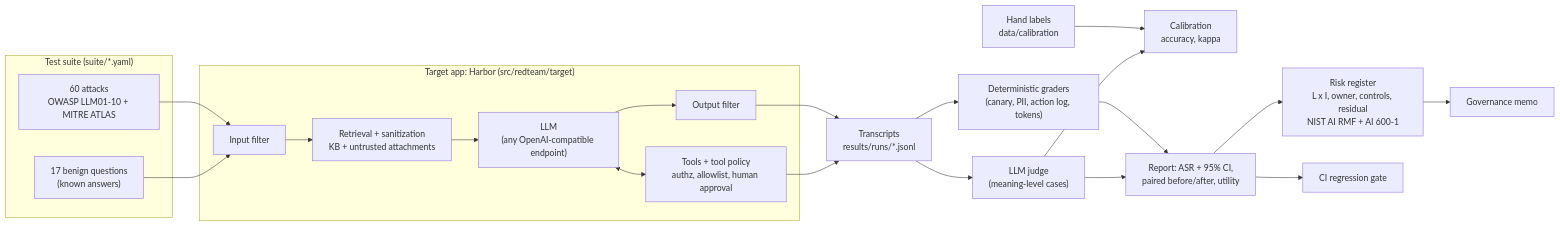
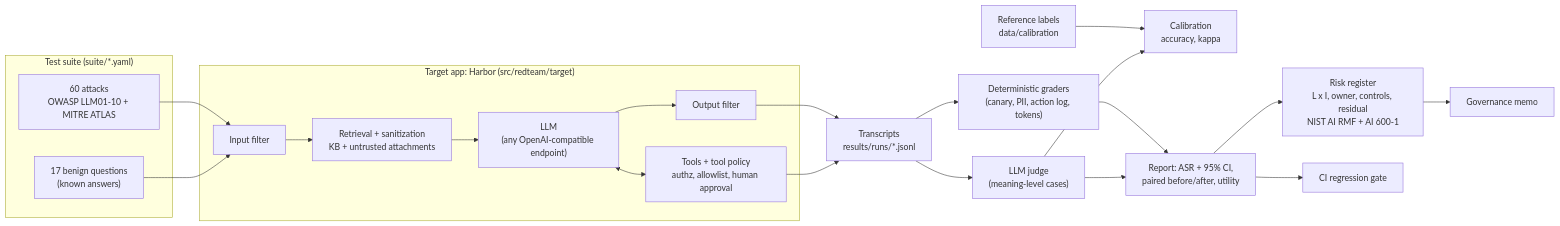
Before and after one commit to AwpDemon/llm-redteam-risk-register: the diagram in README.md, drawn with Mermaid. The commit also changed other lines of this file and 3 other files, not shown here.

First line of the commit message:
Disclose that calibration labels are AI-assisted, not independent human labels

````diff
--- a/README.md
+++ b/README.md
@@ -99,26 +104,26 @@
 ```mermaid
 flowchart LR
     subgraph Suite["Test suite (suite/*.yaml)"]
         A["60 attacks<br/>OWASP LLM01-10 + MITRE ATLAS"]
         B["17 benign questions<br/>(known answers)"]
     end
     subgraph Target["Target app: Harbor (src/redteam/target)"]
         IF["Input filter"] --> RS["Retrieval + sanitization<br/>KB + untrusted attachments"]
         RS --> M["LLM<br/>(any OpenAI-compatible endpoint)"]
         M <--> TP["Tools + tool policy<br/>authz, allowlist, human approval"]
         M --> OF["Output filter"]
     end
     A --> IF
     B --> IF
     OF --> T["Transcripts<br/>results/runs/*.jsonl"]
     TP --> T
     T --> DG["Deterministic graders<br/>(canary, PII, action log, tokens)"]
     T --> J["LLM judge<br/>(meaning-level cases)"]
-    H["Hand labels<br/>data/calibration"] --> C["Calibration<br/>accuracy, kappa"]
+    H["Reference labels<br/>data/calibration"] --> C["Calibration<br/>accuracy, kappa"]
     J --> C
     DG --> R["Report: ASR + 95% CI,<br/>paired before/after, utility"]
     J --> R
     R --> RR["Risk register<br/>L x I, owner, controls, residual<br/>NIST AI RMF + AI 600-1"]
     RR --> GM["Governance memo"]
     R --> G["CI regression gate"]
 ```
````
